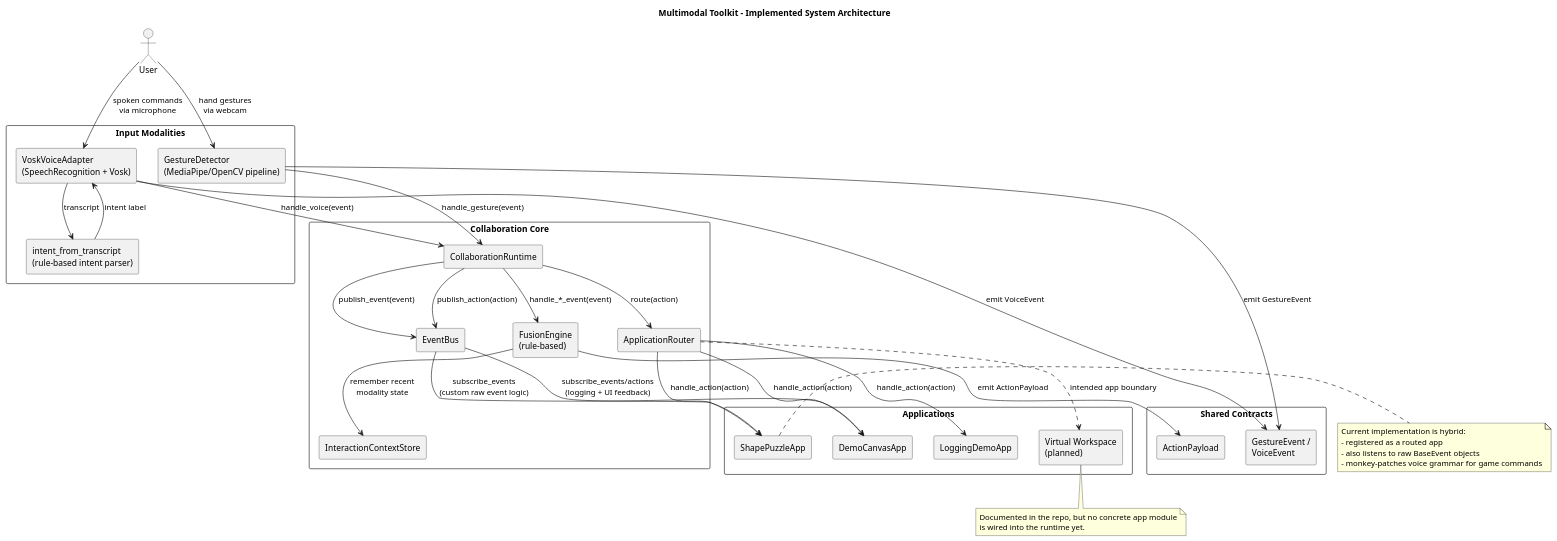
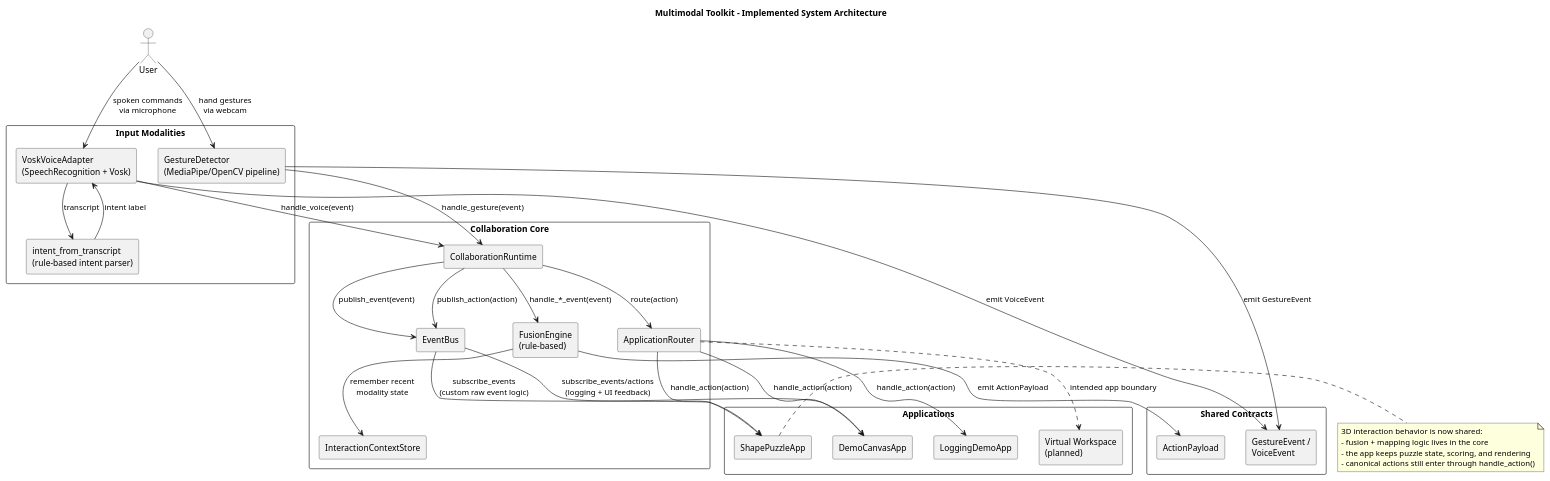
One commit to bohdanpotuzhnyi/JMCS_MMI_course_project changed the diagram in docs/diagrams/system-architecture.puml. Above: the diagram before and after it, drawn with PlantUML. The commit also changed 6 other files, not shown here.

```diff
--- a/docs/diagrams/system-architecture.puml
+++ b/docs/diagrams/system-architecture.puml
@@ -1,76 +1,71 @@
 @startuml
 title Multimodal Toolkit - Implemented System Architecture
 
 skinparam backgroundColor white
 skinparam componentStyle rectangle
 skinparam shadowing false
 skinparam packageStyle rectangle
 
 actor User
 
 package "Input Modalities" {
   component "GestureDetector\n(MediaPipe/OpenCV pipeline)" as GestureDetector
   component "VoskVoiceAdapter\n(SpeechRecognition + Vosk)" as VoiceAdapter
   component "intent_from_transcript\n(rule-based intent parser)" as IntentParser
 }
 
 package "Shared Contracts" {
   component "GestureEvent /\nVoiceEvent" as Events
   component "ActionPayload" as Actions
 }
 
 package "Collaboration Core" {
   component "CollaborationRuntime" as Runtime
   component "EventBus" as EventBus
   component "FusionEngine\n(rule-based)" as Fusion
   component "InteractionContextStore" as Context
   component "ApplicationRouter" as Router
 }
 
 package "Applications" {
   component "DemoCanvasApp" as DemoApp
   component "ShapePuzzleApp" as ShapePuzzle
   component "LoggingDemoApp" as LoggingApp
   component "Virtual Workspace\n(planned)" as VirtualWorkspace
 }
 
 User --> GestureDetector : hand gestures\nvia webcam
 User --> VoiceAdapter : spoken commands\nvia microphone
 
 VoiceAdapter --> IntentParser : transcript
 IntentParser --> VoiceAdapter : intent label
 
 GestureDetector --> Events : emit GestureEvent
 VoiceAdapter --> Events : emit VoiceEvent
 
 GestureDetector --> Runtime : handle_gesture(event)
 VoiceAdapter --> Runtime : handle_voice(event)
 
 Runtime --> EventBus : publish_event(event)
 Runtime --> Fusion : handle_*_event(event)
 Fusion --> Context : remember recent\nmodality state
 Fusion --> Actions : emit ActionPayload
 Runtime --> EventBus : publish_action(action)
 Runtime --> Router : route(action)
 
 Router --> DemoApp : handle_action(action)
 Router --> ShapePuzzle : handle_action(action)
 Router --> LoggingApp : handle_action(action)
 Router ..> VirtualWorkspace : intended app boundary
 
 EventBus --> DemoApp : subscribe_events/actions\n(logging + UI feedback)
 EventBus --> ShapePuzzle : subscribe_events\n(custom raw event logic)
 
 note right of ShapePuzzle
-Current implementation is hybrid:
-- registered as a routed app
-- also listens to raw BaseEvent objects
-- monkey-patches voice grammar for game commands
-end note
-
-note bottom of VirtualWorkspace
-Documented in the repo, but no concrete app module
-is wired into the runtime yet.
+3D interaction behavior is now shared:
+- fusion + mapping logic lives in the core
+- the app keeps puzzle state, scoring, and rendering
+- canonical actions still enter through handle_action()
 end note
 
 @enduml
```
